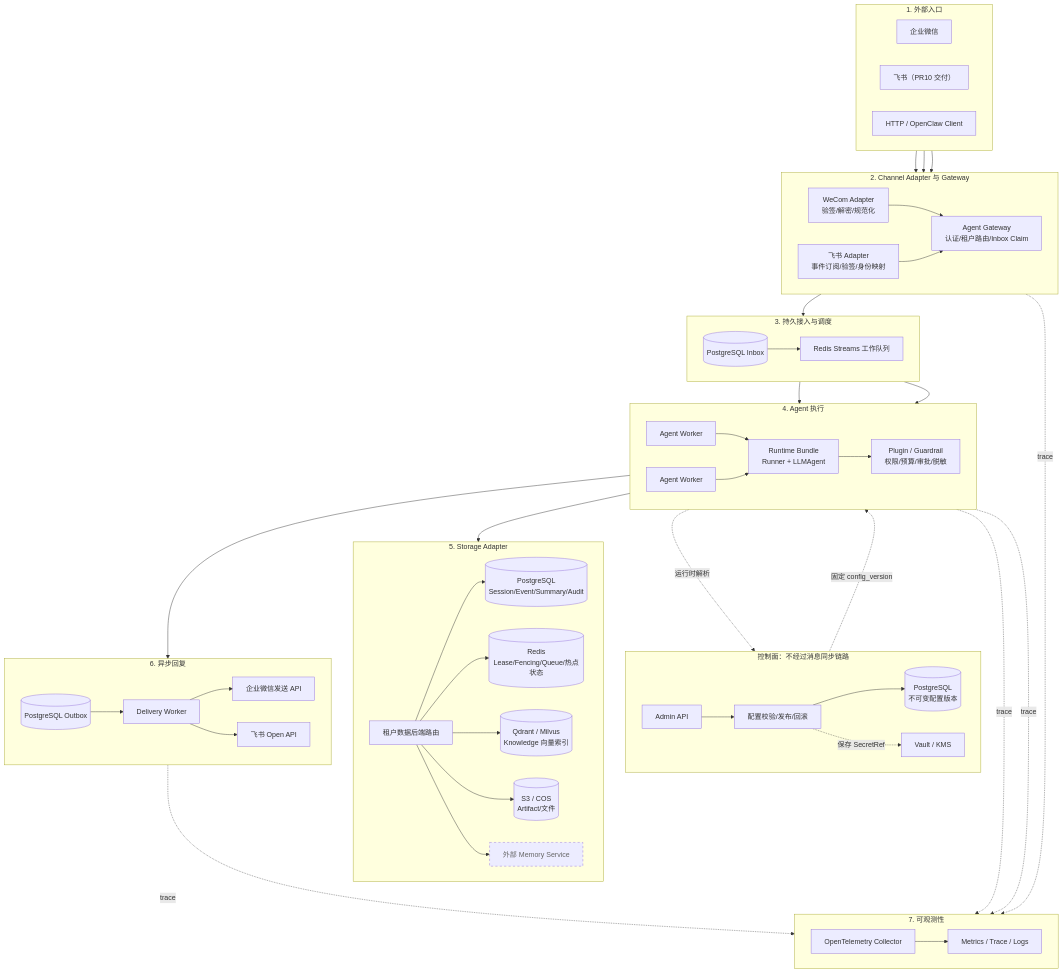
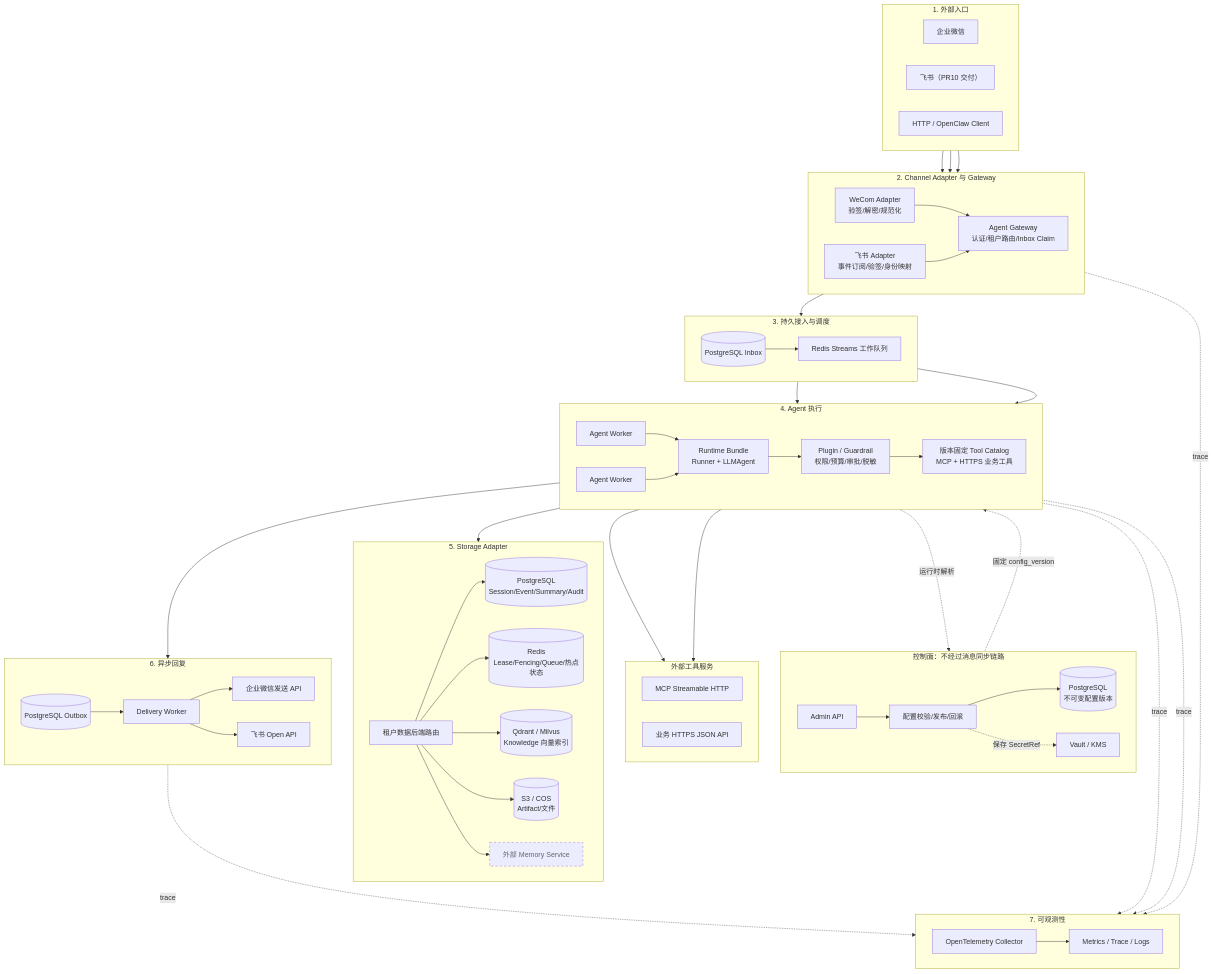
One commit to Skylm808/trpc-agent-service changed the first of 2 diagrams in docs/architecture.md. Above: the diagram before and after it, drawn with Mermaid. The commit also changed other lines of this file and 22 other files, not shown here.

Commit message:
feat: add production MCP and business tool registry

```diff
--- a/docs/architecture.md
+++ b/docs/architecture.md
@@ -48,6 +48,13 @@
         WK2[Agent Worker]
         RB[Runtime Bundle<br/>Runner + LLMAgent]
         GOV[Plugin / Guardrail<br/>权限/预算/审批/脱敏]
+        TC[版本固定 Tool Catalog<br/>MCP + HTTPS 业务工具]
+    end
+
+    subgraph TOOLS[外部工具服务]
+        direction LR
+        MCP[MCP Streamable HTTP]
+        BIZ[业务 HTTPS JSON API]
     end
 
     subgraph DATA["5. Storage Adapter"]
@@ -85,6 +92,9 @@
     WK1 --> RB
     WK2 --> RB
     RB --> GOV
+    GOV --> TC
+    TC --> MCP
+    TC --> BIZ
     GOV --> ROUTER
     ROUTER --> PG
     ROUTER --> REDIS
```
